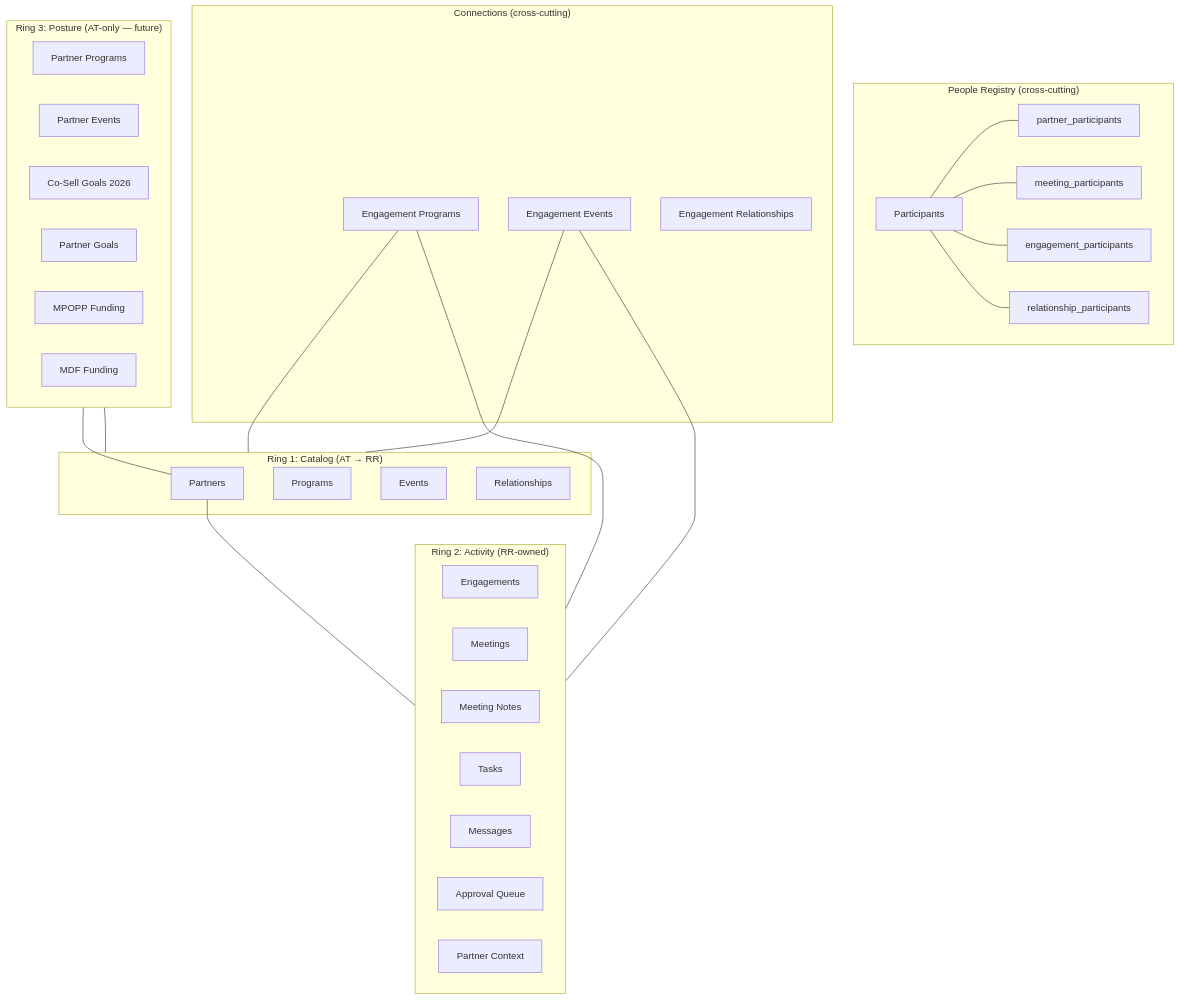
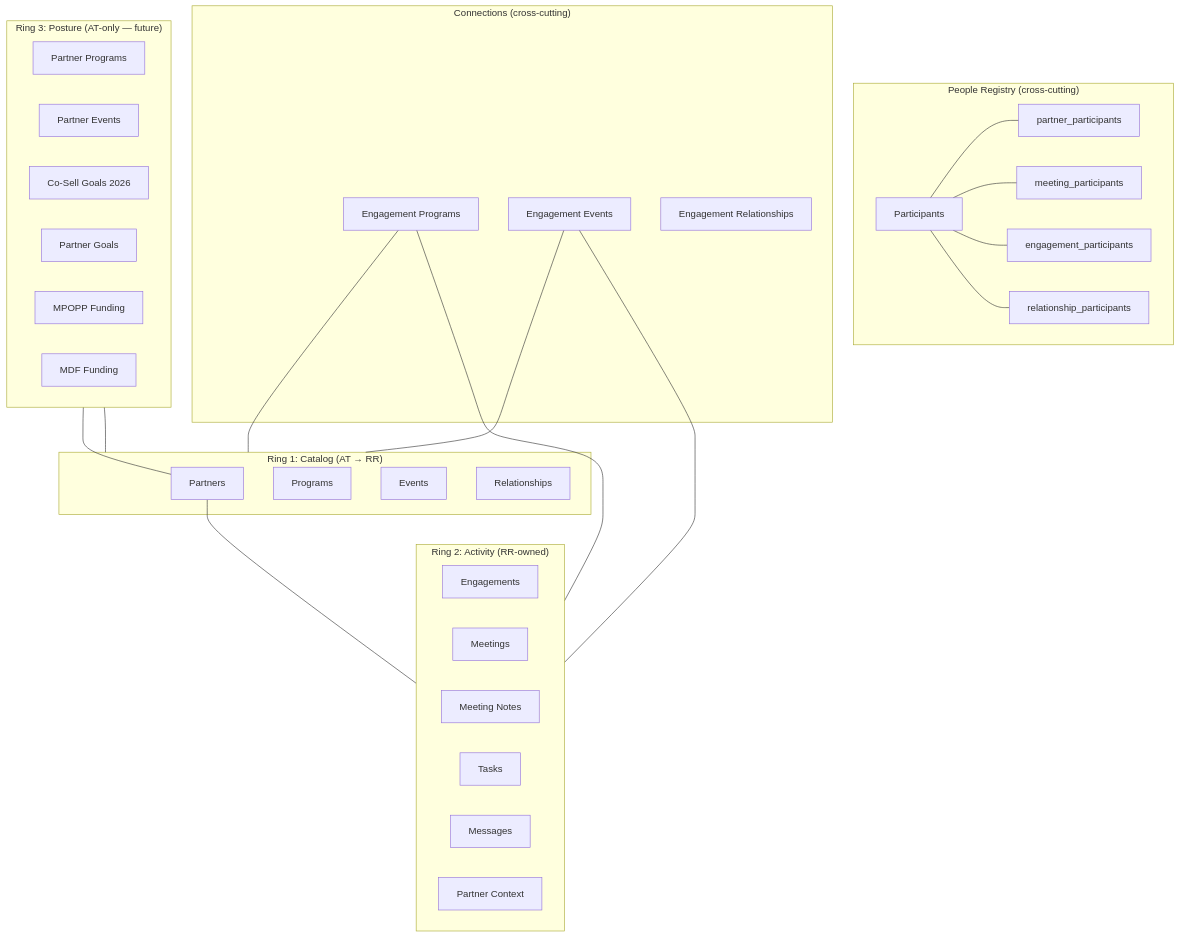
Before and after one commit to zingozingo/roadrunner: the first of 5 diagrams in docs/entity-model.md, drawn with Mermaid. The commit also changed other lines of this file and 5 other files, not shown here.

Commit message:
docs: add decisions 240-249, update docs for inbox fixes and unknown partner flow

````diff
--- a/docs/entity-model.md
+++ b/docs/entity-model.md
@@ -22,51 +22,51 @@
 ```mermaid
 graph TB
     subgraph RING1["Ring 1: Catalog (AT → RR)"]
         PARTNERS[Partners]
         PROGRAMS[Programs]
         EVENTS[Events]
         RELATIONSHIPS[Relationships]
     end
 
     subgraph RING2["Ring 2: Activity (RR-owned)"]
         ENGAGEMENTS[Engagements]
         MEETINGS[Meetings]
         MEETING_NOTES[Meeting Notes]
         TASKS[Tasks]
         MESSAGES[Messages]
-        APPROVAL_QUEUE[Approval Queue]
+
         PARTNER_CONTEXT[Partner Context]
     end
 
     subgraph PEOPLE["People Registry (cross-cutting)"]
         PARTICIPANTS[Participants]
         PP[partner_participants]
         MP[meeting_participants]
         EP[engagement_participants]
         RP[relationship_participants]
     end
 
     subgraph JUNCTIONS["Connections (cross-cutting)"]
         ELP[Engagement Programs]
         ELE[Engagement Events]
         ER[Engagement Relationships]
     end
 
     subgraph RING3["Ring 3: Posture (AT-only — future)"]
         PARTNER_PROGRAMS[Partner Programs]
         PARTNER_EVENTS[Partner Events]
         COSELL_GOALS[Co-Sell Goals 2026]
         PARTNER_GOALS[Partner Goals]
         MPOPP[MPOPP Funding]
         MDF[MDF Funding]
     end
 
     PARTNERS --- RING2
     PARTICIPANTS --- PP & MP & EP & RP
     ELP --- RING1
     ELE --- RING1
     ELP --- RING2
     ELE --- RING2
     RING3 --- PARTNERS
     RING3 --- RING1
 ```
````
